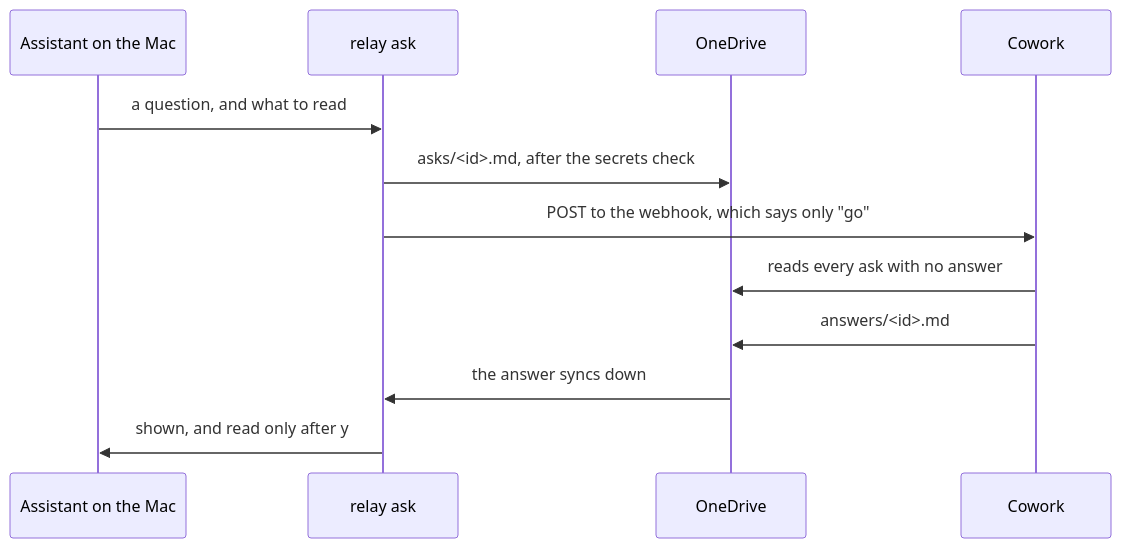
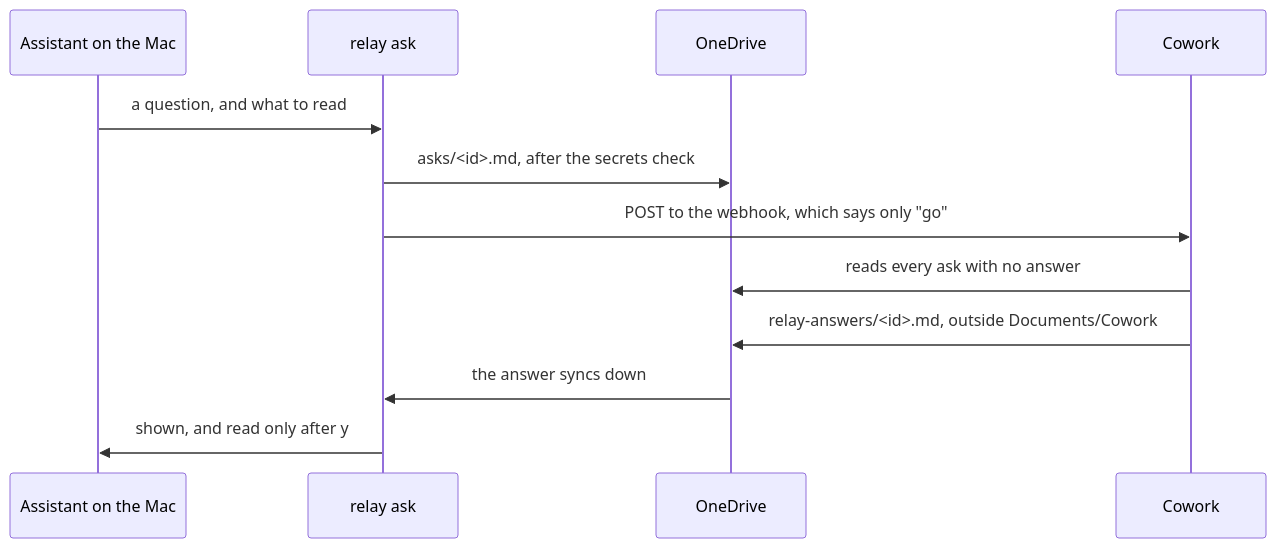
The diagram in design-and-decisions/ask.md (broxgit/llm-relay), drawn with Mermaid before and after one commit. The commit also changed other lines of this file, not shown here.

First line of the commit message:
ask.md: answers move out of Documents/Cowork, after a second test

````diff
--- a/design-and-decisions/ask.md
+++ b/design-and-decisions/ask.md
@@ -31,14 +33,14 @@
 ```mermaid
 sequenceDiagram
     participant A as Assistant on the Mac
     participant R as relay ask
     participant O as OneDrive
     participant C as Cowork
     A->>R: a question, and what to read
     R->>O: asks/<id>.md, after the secrets check
     R->>C: POST to the webhook, which says only "go"
     C->>O: reads every ask with no answer
-    C->>O: answers/<id>.md
+    C->>O: relay-answers/<id>.md, outside Documents/Cowork
     O->>R: the answer syncs down
     R->>A: shown, and read only after y
 ```
````
